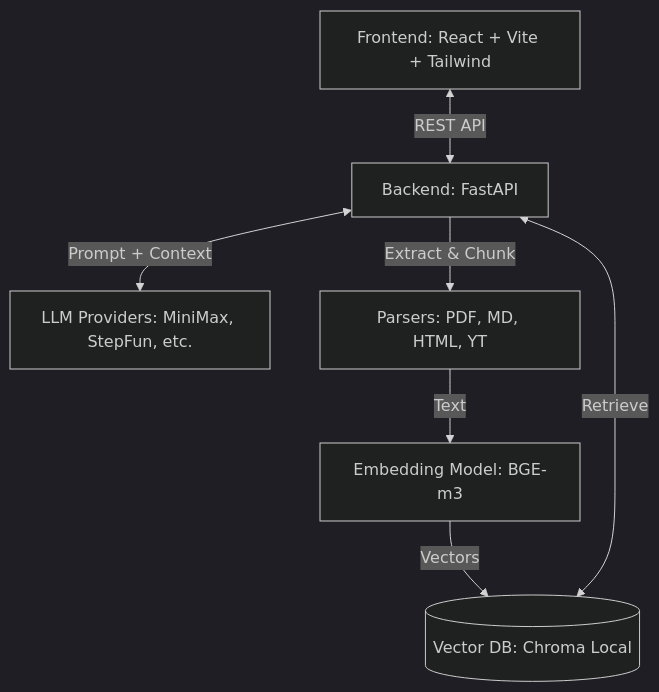
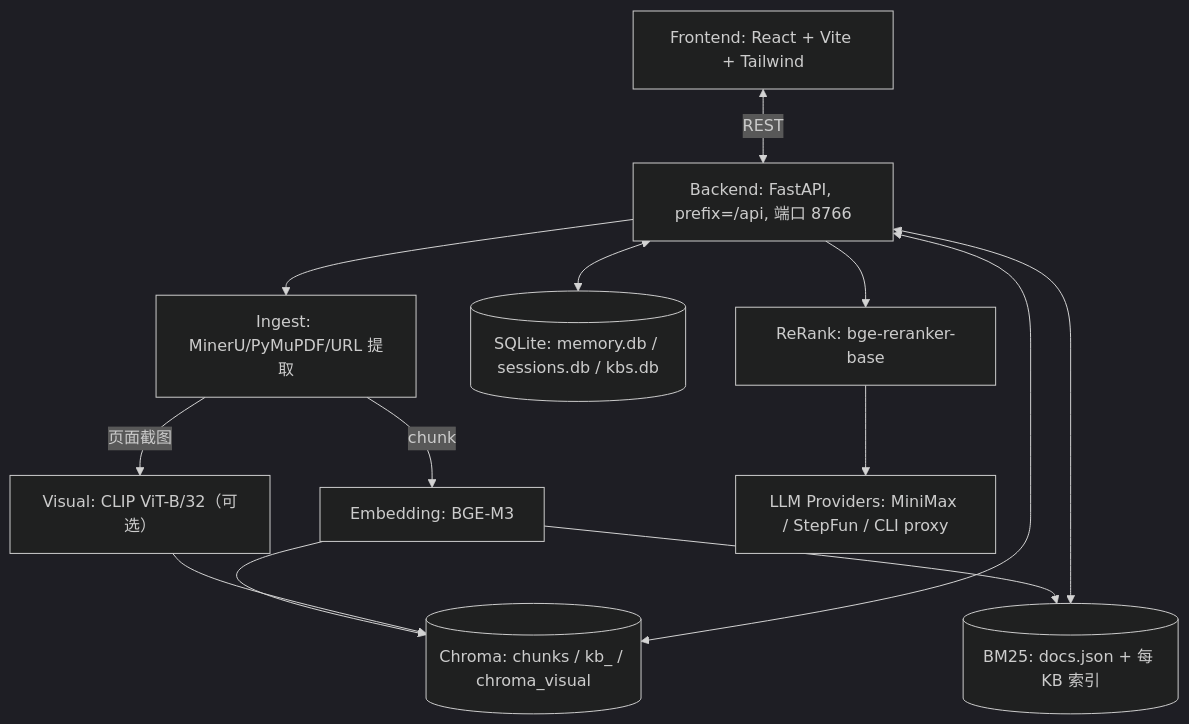
Before and after one commit to yishu-ziyu/uni-rag: the diagram in docs/ARCHITECTURE.md, drawn with Mermaid (dark theme). The commit also changed other lines of this file and 7 other files, not shown here.

First line of the commit message:
fix: Docker data dir env, PDF citation span sidecar, contracts env lookup; rewrite ARCHITECTURE

````diff
--- a/docs/ARCHITECTURE.md
+++ b/docs/ARCHITECTURE.md
@@ -7,15 +9,24 @@
 ```mermaid
 graph TD
     UI[Frontend: React + Vite + Tailwind]
-    API[Backend: FastAPI]
-    Embed[Embedding Model: BGE-m3]
-    DB[(Vector DB: Chroma Local)]
-    LLM[LLM Providers: MiniMax, StepFun, etc.]
-    
-    UI <-->|REST API| API
-    API -->|Extract & Chunk| Parsers[Parsers: PDF, MD, HTML, YT]
-    Parsers -->|Text| Embed
-    Embed -->|Vectors| DB
-    API <-->|Retrieve| DB
-    API <-->|Prompt + Context| LLM
+    API[Backend: FastAPI, prefix=/api, 端口 8766]
+    IN[Ingest: MinerU/PyMuPDF/URL 提取]
+    EMB[Embedding: BGE-M3]
+    VIS[Visual: CLIP ViT-B/32（可选）]
+    CHROMA[(Chroma: chunks / kb_<id> / chroma_visual)]
+    BM25[(BM25: docs.json + 每 KB 索引)]
+    SQLITE[(SQLite: memory.db / sessions.db / kbs.db)]
+    RR[ReRank: bge-reranker-base]
+    LLM[LLM Providers: MiniMax / StepFun / CLI proxy]
+
+    UI <-->|REST| API
+    API --> IN
+    IN -->|chunk| EMB
+    IN -->|页面截图| VIS
+    EMB --> CHROMA
+    EMB --> BM25
+    VIS --> CHROMA
+    API <--> CHROMA & BM25
+    API <--> SQLITE
+    API --> RR --> LLM
 ```
````
